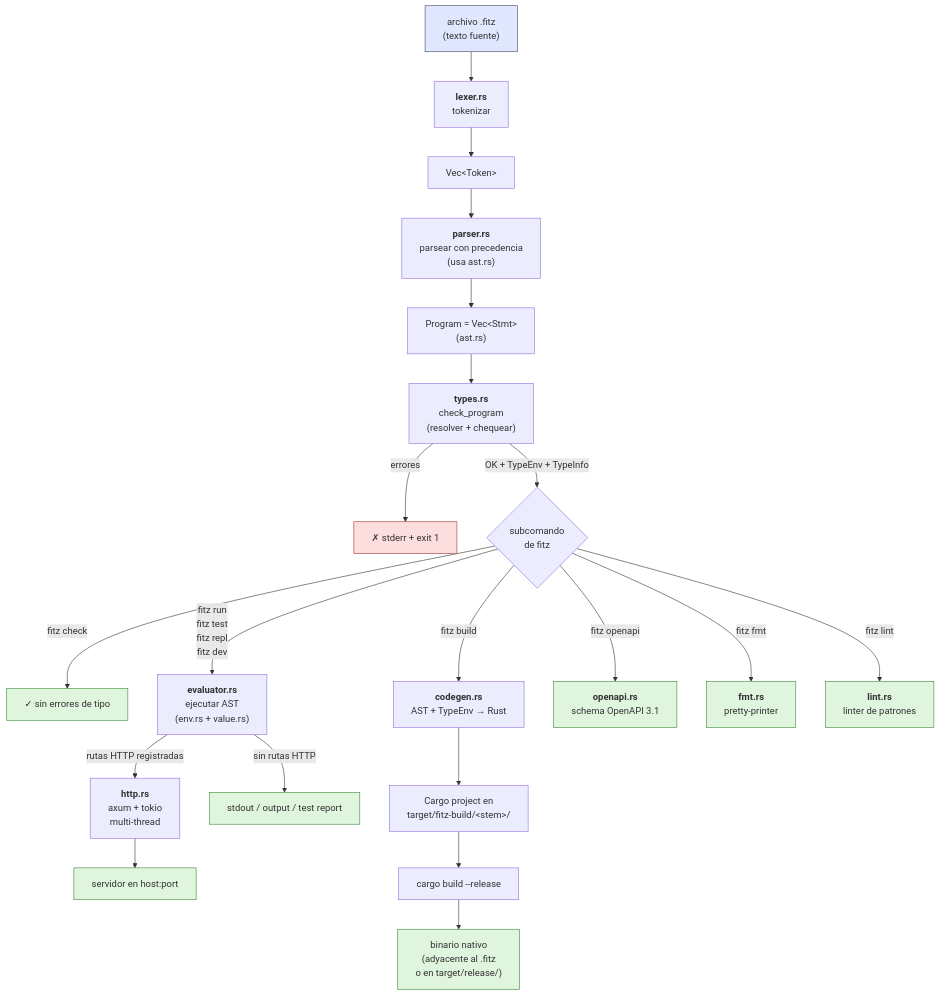
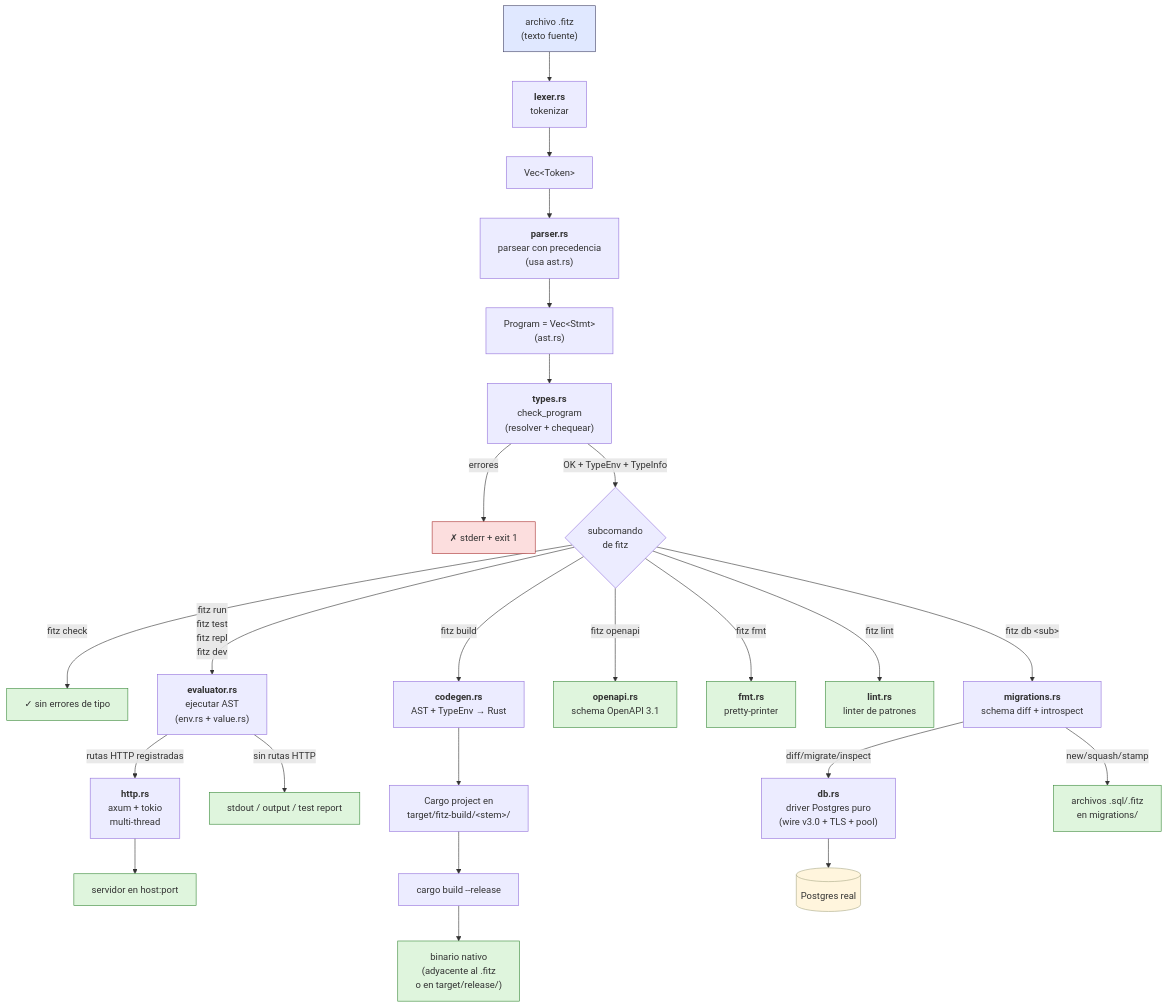
Before and after one commit to Thegreekman76/fitz: the diagram in docs/architecture.md, drawn with Mermaid. The commit also changed other lines of this file and 13 other files, not shown here.

First line of the commit message:
v0.10.29 — Cierre masivo del ORM: JSON path + text search + @unique/@check + cross-schema FK + 6 cierres residuales

````diff
--- a/docs/architecture.md
+++ b/docs/architecture.md
@@ -18,33 +18,39 @@
 ```mermaid
 flowchart TD
     Source["archivo .fitz<br/>(texto fuente)"] --> Lexer["<b>lexer.rs</b><br/>tokenizar"]
     Lexer --> Tokens["Vec&lt;Token&gt;"]
     Tokens --> Parser["<b>parser.rs</b><br/>parsear con precedencia<br/>(usa ast.rs)"]
     Parser --> AST["Program = Vec&lt;Stmt&gt;<br/>(ast.rs)"]
     AST --> Checker["<b>types.rs</b><br/>check_program<br/>(resolver + chequear)"]
     Checker -->|errores| Abort["✗ stderr + exit 1"]
     Checker -->|OK + TypeEnv + TypeInfo| Fork{"subcomando<br/>de fitz"}
 
     Fork -->|fitz check| OK["✓ sin errores de tipo"]
 
     Fork -->|fitz run<br/>fitz test<br/>fitz repl<br/>fitz dev| Eval["<b>evaluator.rs</b><br/>ejecutar AST<br/>(env.rs + value.rs)"]
     Eval -->|rutas HTTP registradas| Http["<b>http.rs</b><br/>axum + tokio<br/>multi-thread"]
     Eval -->|sin rutas HTTP| StdOut["stdout / output / test report"]
     Http --> Server["servidor en host:port"]
 
     Fork -->|fitz build| Codegen["<b>codegen.rs</b><br/>AST + TypeEnv → Rust"]
     Codegen --> Project["Cargo project en<br/>target/fitz-build/&lt;stem&gt;/"]
     Project --> Cargo["cargo build --release"]
     Cargo --> Bin["binario nativo<br/>(adyacente al .fitz<br/>o en target/release/)"]
 
     Fork -->|fitz openapi| OpenApi["<b>openapi.rs</b><br/>schema OpenAPI 3.1"]
     Fork -->|fitz fmt| Fmt["<b>fmt.rs</b><br/>pretty-printer"]
     Fork -->|fitz lint| Lint["<b>lint.rs</b><br/>linter de patrones"]
+    Fork -->|fitz db &lt;sub&gt;| Db["<b>migrations.rs</b><br/>schema diff + introspect"]
+    Db -->|diff/migrate/inspect| Driver["<b>db.rs</b><br/>driver Postgres puro<br/>(wire v3.0 + TLS + pool)"]
+    Driver --> Postgres[("Postgres real")]
+    Db -->|new/squash/stamp| FileSystem["archivos .sql/.fitz<br/>en migrations/"]
 
     classDef good fill:#dff5dd,stroke:#3a8a3a
     classDef bad fill:#fcdede,stroke:#a33
     classDef input fill:#e0e8ff,stroke:#446
+    classDef external fill:#fff5dd,stroke:#aa8
     class Source input
-    class OK,StdOut,Server,Bin,OpenApi,Fmt,Lint good
+    class OK,StdOut,Server,Bin,OpenApi,Fmt,Lint,FileSystem good
     class Abort bad
+    class Postgres external
 ```
````
